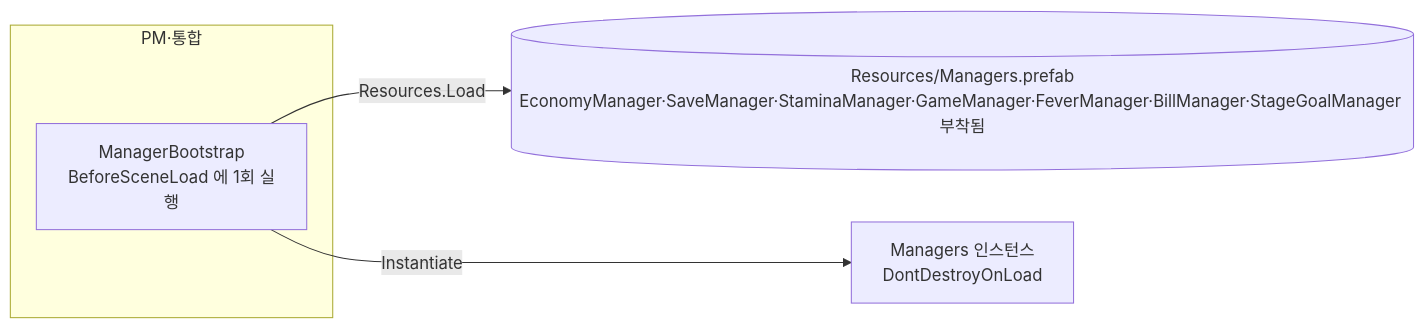
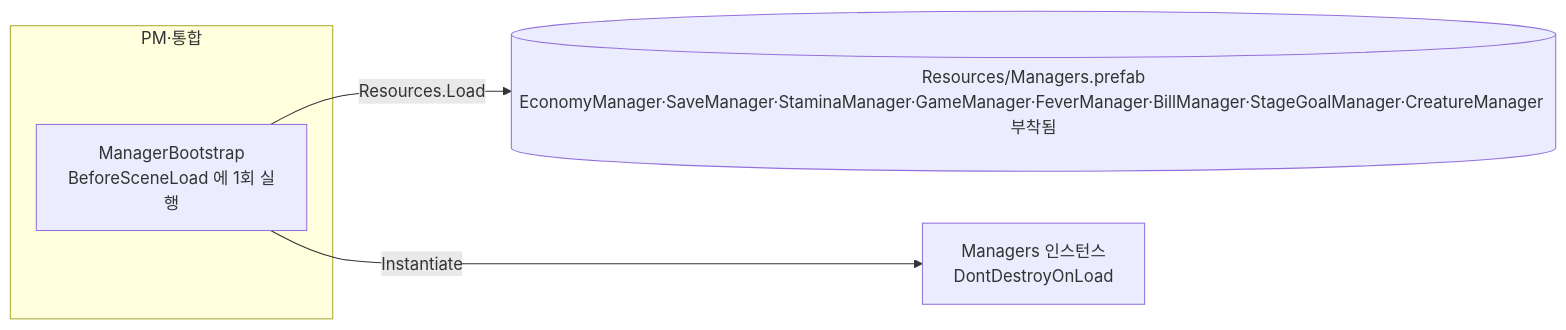
One commit to KDNA-Gwangju-1/NCAIClicker changed the diagram in docs/TECH_NOTES/manager-bootstrap.md. Above: the diagram before and after it, drawn with Mermaid. The commit also changed other lines of this file and 1 other file, not shown here.

Commit message:
docs: CreatureManager 프리팹 부착과 런 경계 배선 기록 (2.8, #140)

````diff
--- a/docs/TECH_NOTES/manager-bootstrap.md
+++ b/docs/TECH_NOTES/manager-bootstrap.md
@@ -21,10 +21,10 @@
 ```mermaid
 flowchart LR
   subgraph PM["PM·통합"]
     boot[ManagerBootstrap<br/>BeforeSceneLoad 에 1회 실행]
   end
-  prefab[(Resources/Managers.prefab<br/>EconomyManager·SaveManager·StaminaManager·GameManager·FeverManager·BillManager·StageGoalManager 부착됨)]
+  prefab[(Resources/Managers.prefab<br/>EconomyManager·SaveManager·StaminaManager·GameManager·FeverManager·BillManager·StageGoalManager·CreatureManager 부착됨)]
   inst[Managers 인스턴스<br/>DontDestroyOnLoad]
   boot -- "Resources.Load" --> prefab
   boot -- "Instantiate" --> inst
 ```
````
